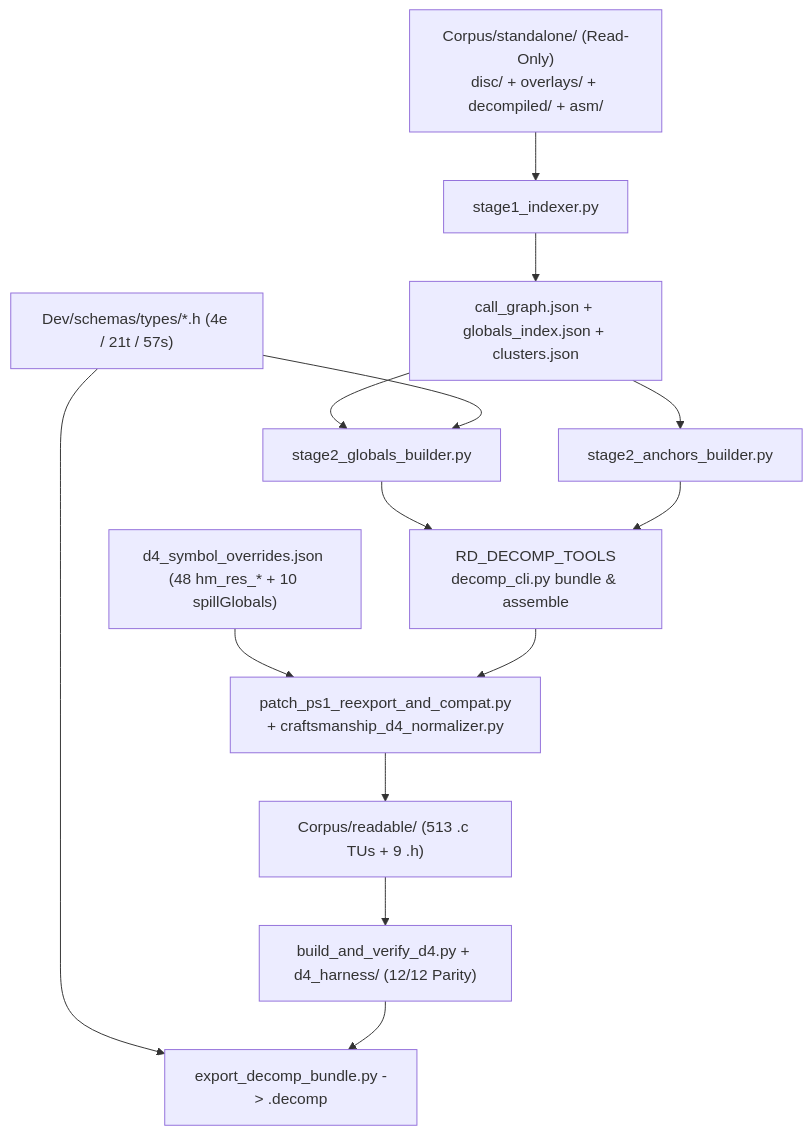
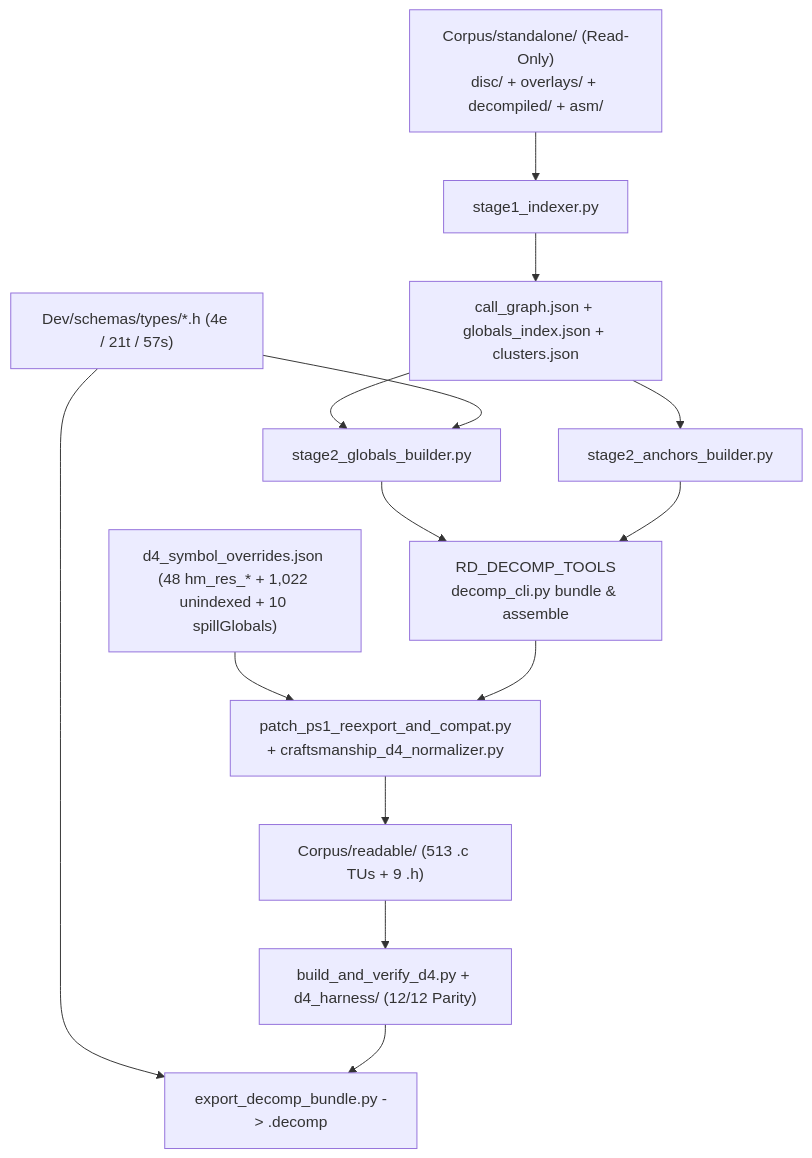
Before and after one commit to StreamResearch/HarvestMoonBackToNature-PlayStation: the second of 2 diagrams in Dev/docs/ARCHITECTURE.md, drawn with Mermaid. The commit also changed other lines of this file and 42 other files, not shown here.

````diff
--- a/Dev/docs/ARCHITECTURE.md
+++ b/Dev/docs/ARCHITECTURE.md
@@ -31,16 +31,16 @@
 ```mermaid
 flowchart TB
     CS["Corpus/standalone/ (Read-Only)\ndisc/ + overlays/ + decompiled/ + asm/"] --> S1["stage1_indexer.py"]
     S1 --> JSON1["call_graph.json + globals_index.json + clusters.json"]
     JSON1 --> S2G["stage2_globals_builder.py"]
     JSON1 --> S2A["stage2_anchors_builder.py"]
     Types["Dev/schemas/types/*.h (4e / 21t / 57s)"] --> S2G
     S2G --> Bundle["RD_DECOMP_TOOLS\ndecomp_cli.py bundle & assemble"]
     S2A --> Bundle
-    Overrides["d4_symbol_overrides.json (48 hm_res_* + 10 spillGlobals)"] --> Norm["patch_ps1_reexport_and_compat.py\n+ craftsmanship_d4_normalizer.py"]
+    Overrides["d4_symbol_overrides.json (48 hm_res_* + 1,022 unindexed + 10 spillGlobals)"] --> Norm["patch_ps1_reexport_and_compat.py\n+ craftsmanship_d4_normalizer.py"]
     Bundle --> Norm
     Norm --> Readable["Corpus/readable/ (513 .c TUs + 9 .h)"]
     Readable --> BuildD4["build_and_verify_d4.py + d4_harness/ (12/12 Parity)"]
     Types --> Export["export_decomp_bundle.py -> .decomp"]
     BuildD4 --> Export
 ```
````
